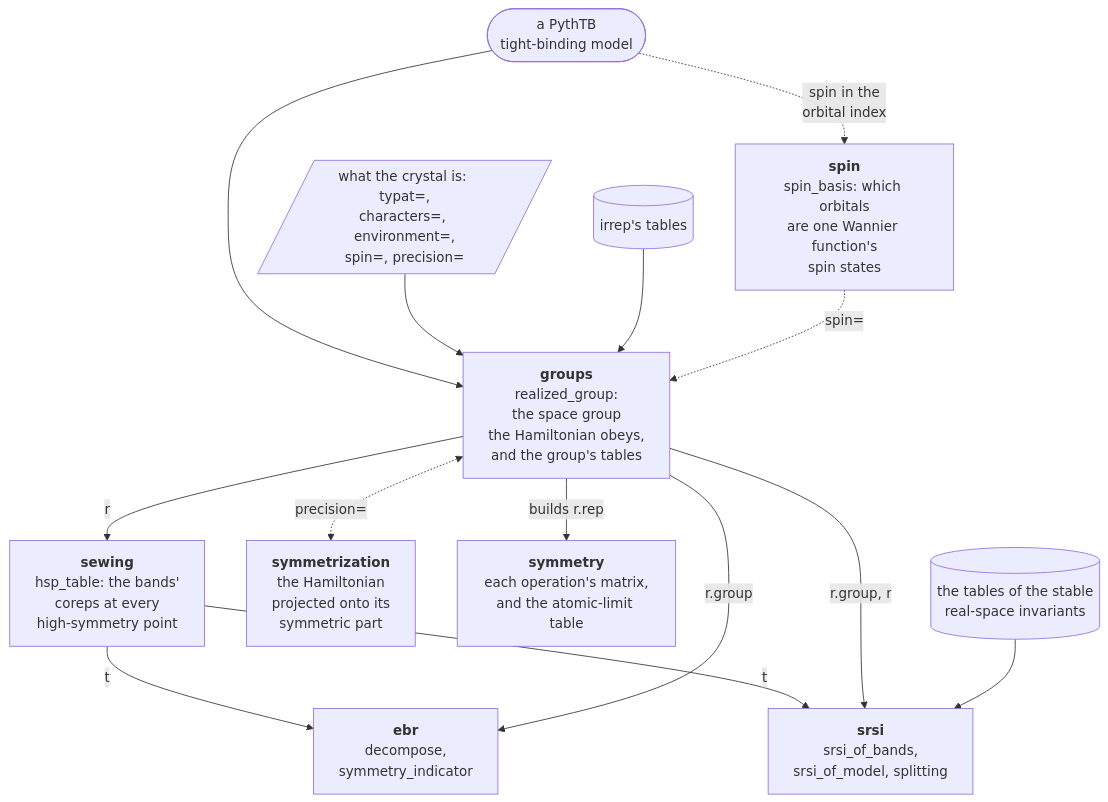
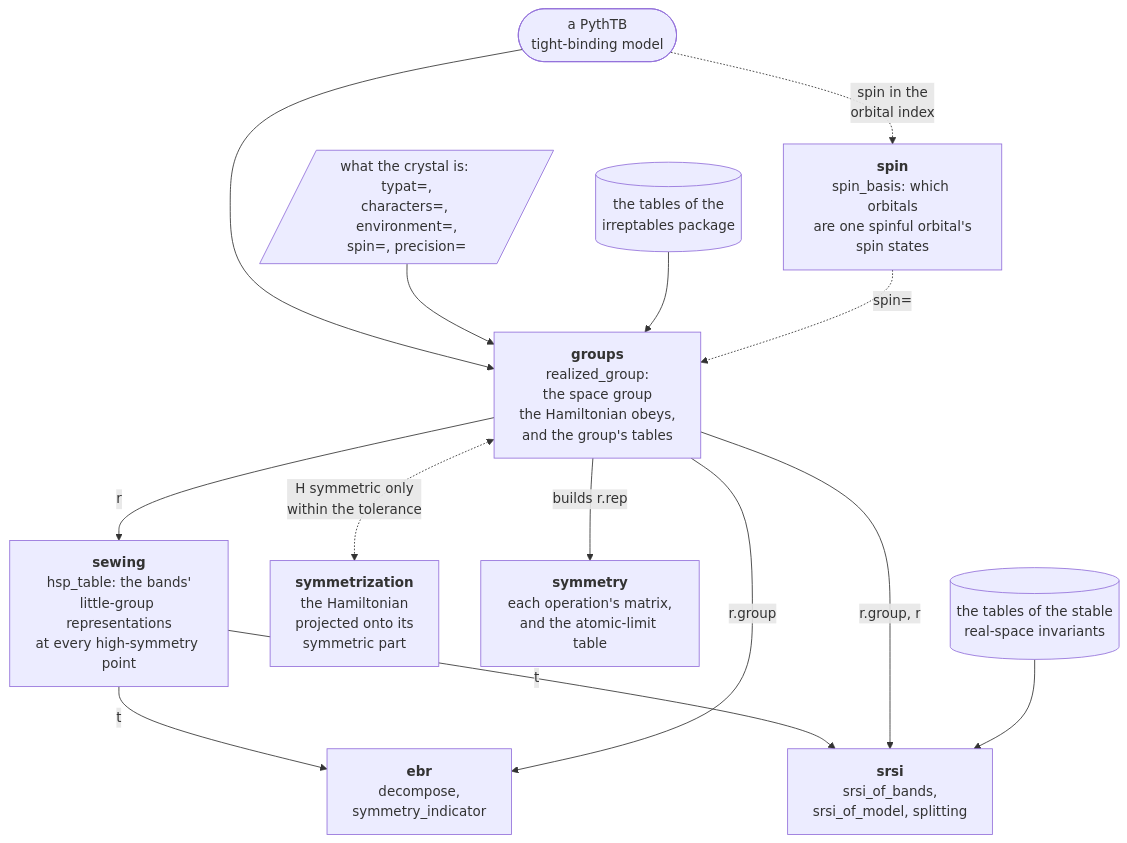
One commit to bbradlyn/pythtqc changed the first of 8 diagrams in docs/background/modules.md. Above: the diagram before and after it, drawn with Mermaid. The commit also changed other lines of this file and 7 other files, not shown here.

````diff
--- a/docs/background/modules.md
+++ b/docs/background/modules.md
@@ -11,28 +14,28 @@
 ```mermaid
 flowchart TD
     model(["a PythTB<br/>tight-binding model"])
     declared[/"what the crystal is: typat=,<br/>characters=, environment=,<br/>spin=, precision="/]
-    tables[("irrep's tables")]
+    tables[("the tables of the<br/>irreptables package")]
     invariants[("the tables of the stable<br/>real-space invariants")]
 
     groups["<b>groups</b><br/>realized_group:<br/>the space group<br/>the Hamiltonian obeys,<br/>and the group's tables"]
-    spin["<b>spin</b><br/>spin_basis: which orbitals<br/>are one Wannier function's<br/>spin states"]
+    spin["<b>spin</b><br/>spin_basis: which orbitals<br/>are one spinful orbital's<br/>spin states"]
     symmetrization["<b>symmetrization</b><br/>the Hamiltonian<br/>projected onto its<br/>symmetric part"]
     symmetry["<b>symmetry</b><br/>each operation's matrix,<br/>and the atomic-limit table"]
-    sewing["<b>sewing</b><br/>hsp_table: the bands'<br/>coreps at every<br/>high-symmetry point"]
+    sewing["<b>sewing</b><br/>hsp_table: the bands'<br/>little-group representations<br/>at every high-symmetry point"]
     ebr["<b>ebr</b><br/>decompose,<br/>symmetry_indicator"]
     srsi["<b>srsi</b><br/>srsi_of_bands,<br/>srsi_of_model, splitting"]
 
     model --> groups
     declared --> groups
     tables --> groups
     model -. "spin in the<br/>orbital index" .-> spin -. "spin=" .-> groups
-    groups <-. "precision=" .-> symmetrization
+    groups <-. "H symmetric only<br/>within the tolerance" .-> symmetrization
     groups -- "builds r.rep" --> symmetry
     groups -- "r" --> sewing
     sewing -- "t" --> ebr
     sewing -- "t" --> srsi
     groups -- "r.group" --> ebr
     groups -- "r.group, r" --> srsi
     invariants --> srsi
 ```
````
